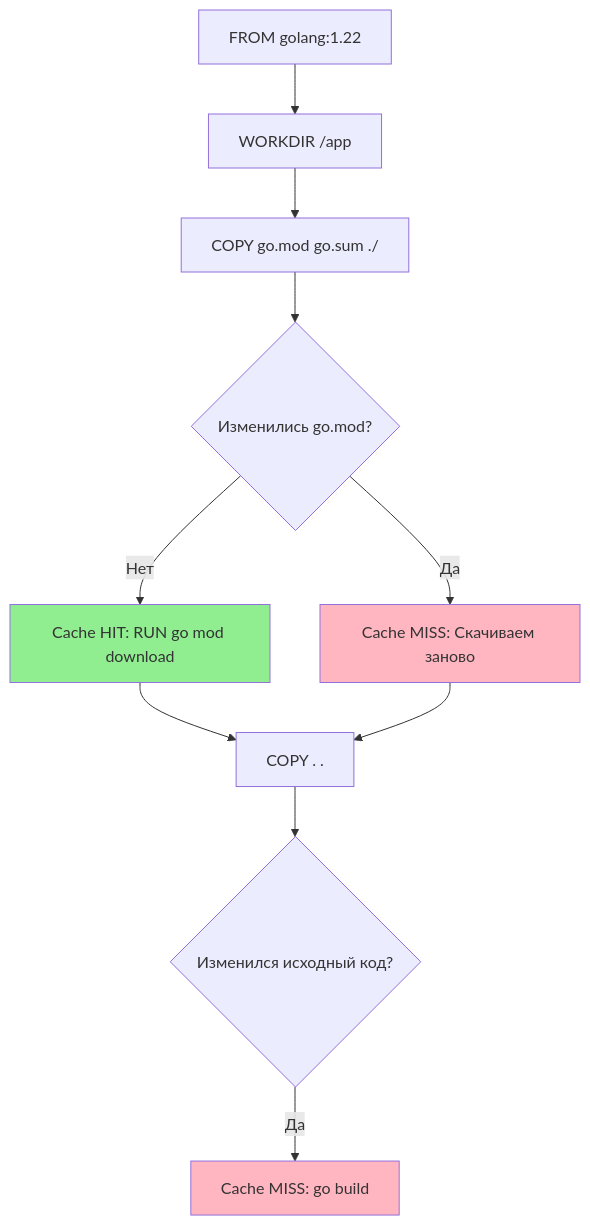
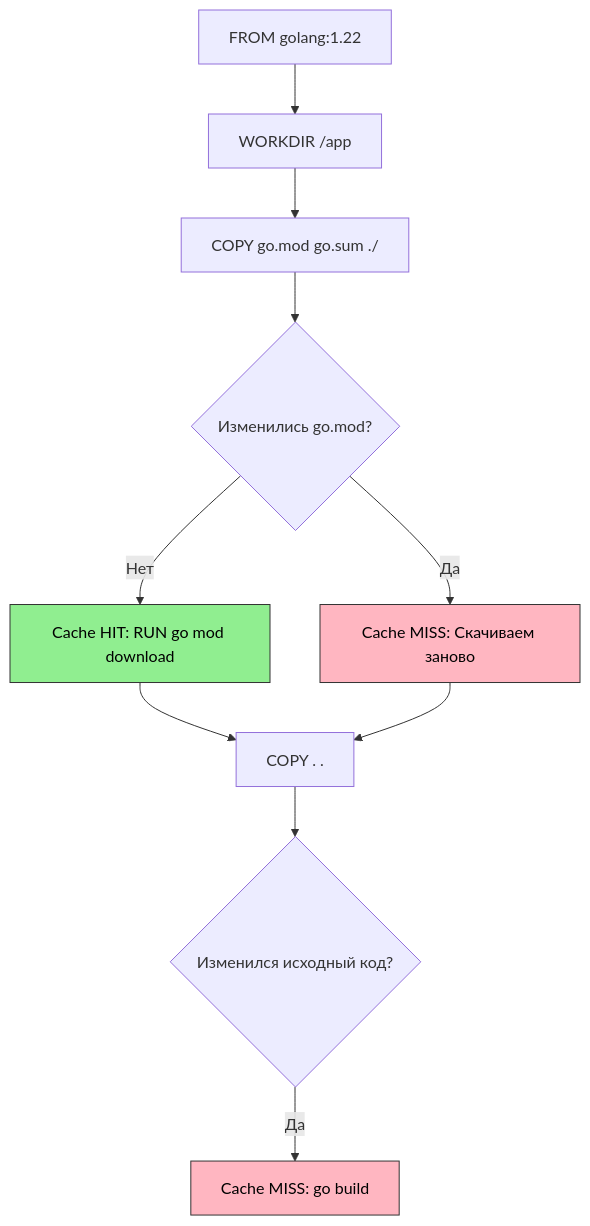
The diagram in sources/8. Инфраструктура языка, Тулинг и CI_CD/25. Кэширование сборки Docker.md (UnrealTemplier/go-textbook), drawn with Mermaid before and after one commit. The commit also changed other lines of this file, not shown here.

````diff
--- a/sources/8. Инфраструктура языка, Тулинг и CI_CD/25. Кэширование сборки Docker.md
+++ b/sources/8. Инфраструктура языка, Тулинг и CI_CD/25. Кэширование сборки Docker.md
@@ -13,19 +17,19 @@
 ```mermaid
 flowchart TD
     A["FROM golang:1.22"] --> B["WORKDIR /app"]
     B --> C["COPY go.mod go.sum ./"]
     C --> D{"Изменились go.mod?"}
     
     D -- "Нет" --> E["Cache HIT: RUN go mod download"]
     D -- "Да" --> F["Cache MISS: Скачиваем заново"]
     
     E --> G["COPY . ."]
     F --> G
     
     G --> H{"Изменился исходный код?"}
     H -- "Да" --> I["Cache MISS: go build"]
     
-    style E fill:#90EE90
-    style F fill:#FFB6C1
-    style I fill:#FFB6C1
+    style E fill:#90EE90,stroke:#333,color:#000
+    style F fill:#FFB6C1,stroke:#333,color:#000
+    style I fill:#FFB6C1,stroke:#333,color:#000
 ```
````
